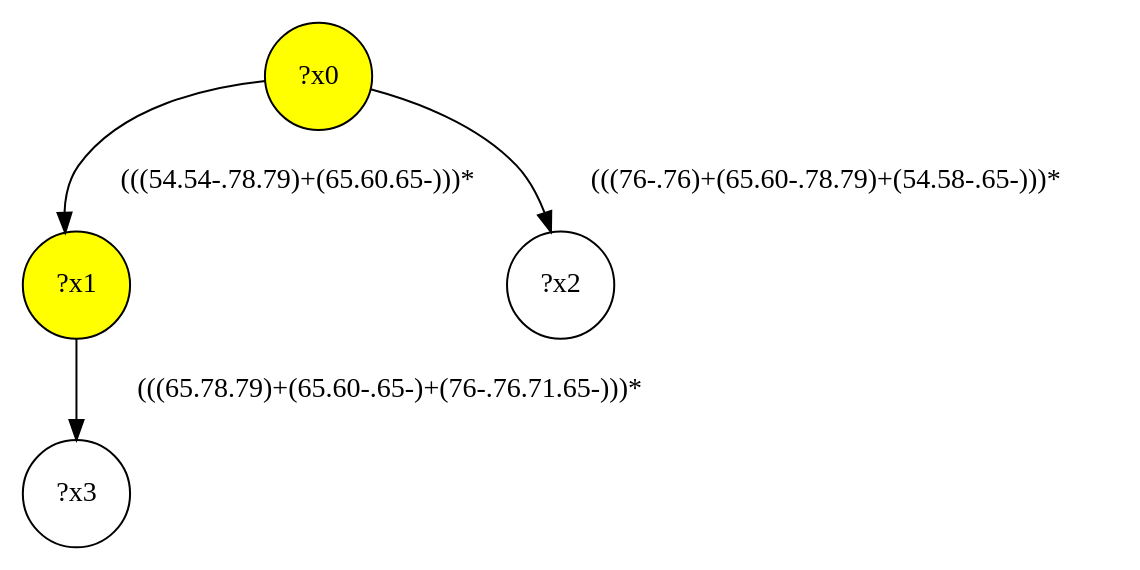
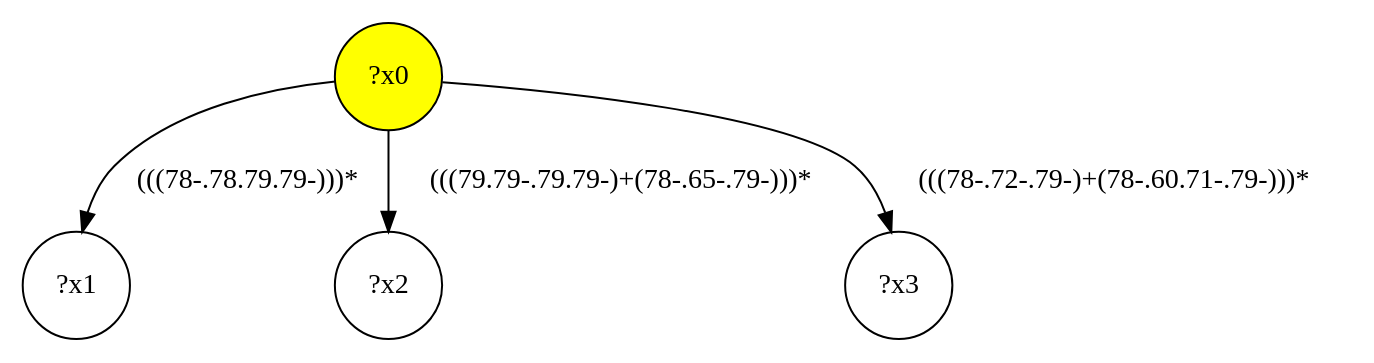
One commit to gbagan/gmark changed the diagram in demo/shop/shop-interface/query-24.dot. Above: the diagram before and after it, drawn with Graphviz. The commit also changed 1418 other files, not shown here.

```diff
--- a/demo/shop/shop-interface/query-24.dot
+++ b/demo/shop/shop-interface/query-24.dot
@@ -1,9 +1,9 @@
 digraph g {
 	x0 [fillcolor="yellow", style="filled," shape=circle, label="?x0"];
-	x1 [fillcolor="yellow", style="filled," shape=circle, label="?x1"];
-	x0 -> x1 [label="(((54.54-.78.79)+(65.60.65-)))*"];
+	x1 [shape=circle, label="?x1"];
+	x0 -> x1 [label="(((78-.78.79.79-)))*"];
 	x2 [shape=circle, label="?x2"];
-	x0 -> x2 [label="(((76-.76)+(65.60-.78.79)+(54.58-.65-)))*"];
+	x0 -> x2 [label="(((79.79-.79.79-)+(78-.65-.79-)))*"];
 	x3 [shape=circle, label="?x3"];
-	x1 -> x3 [label="(((65.78.79)+(65.60-.65-)+(76-.76.71.65-)))*"];
+	x0 -> x3 [label="(((78-.72-.79-)+(78-.60.71-.79-)))*"];
 }
```
